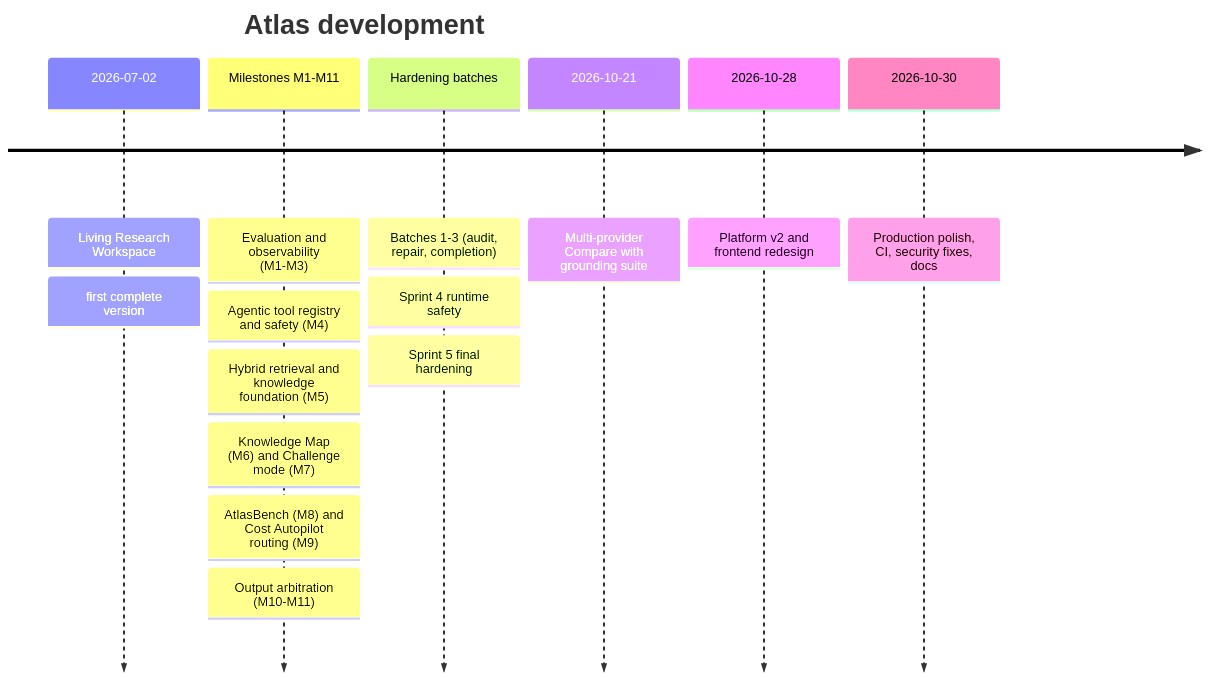
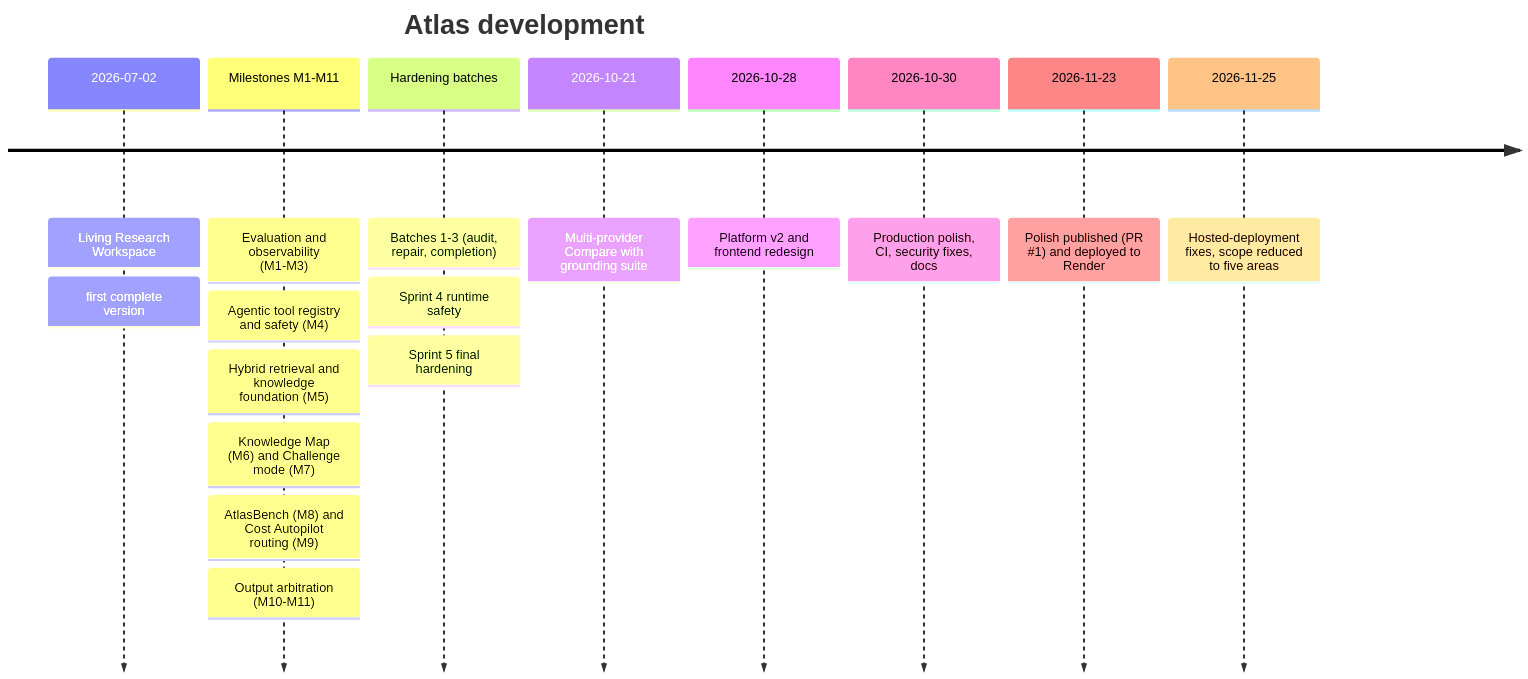
One commit to shreyajoshi144/atlas changed the diagram in docs/05-development-history.md. Above: the diagram before and after it, drawn with Mermaid. The commit also changed other lines of this file and 34 other files, not shown here.

````diff
--- a/docs/05-development-history.md
+++ b/docs/05-development-history.md
@@ -7,18 +7,20 @@
 ```mermaid
 timeline
     title Atlas development
     2026-07-02 : Living Research Workspace
                : first complete version
     Milestones M1-M11 : Evaluation and observability (M1-M3)
                       : Agentic tool registry and safety (M4)
                       : Hybrid retrieval and knowledge foundation (M5)
                       : Knowledge Map (M6) and Challenge mode (M7)
                       : AtlasBench (M8) and Cost Autopilot routing (M9)
                       : Output arbitration (M10-M11)
     Hardening batches : Batches 1-3 (audit, repair, completion)
                       : Sprint 4 runtime safety
                       : Sprint 5 final hardening
     2026-10-21 : Multi-provider Compare with grounding suite
     2026-10-28 : Platform v2 and frontend redesign
     2026-10-30 : Production polish, CI, security fixes, docs
+    2026-11-23 : Polish published (PR #1) and deployed to Render
+    2026-11-25 : Hosted-deployment fixes, scope reduced to five areas
 ```
````
